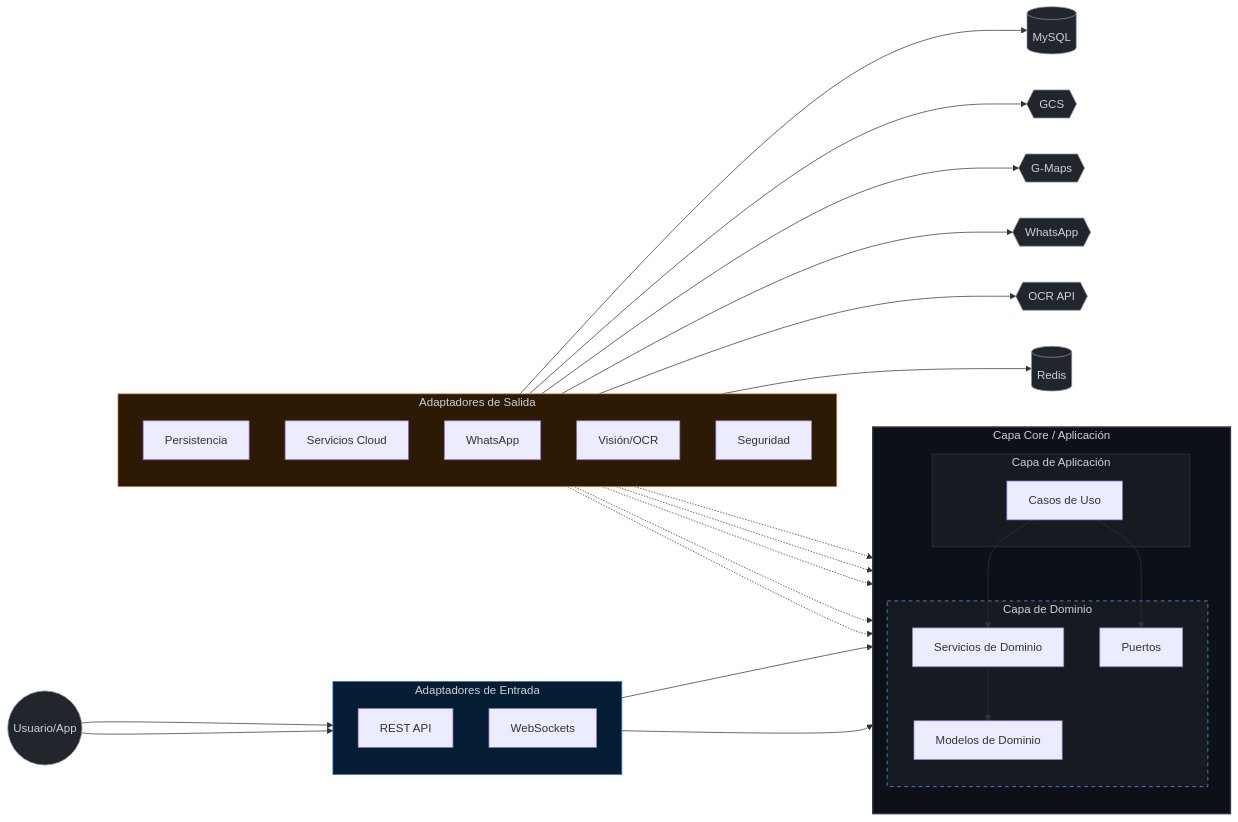
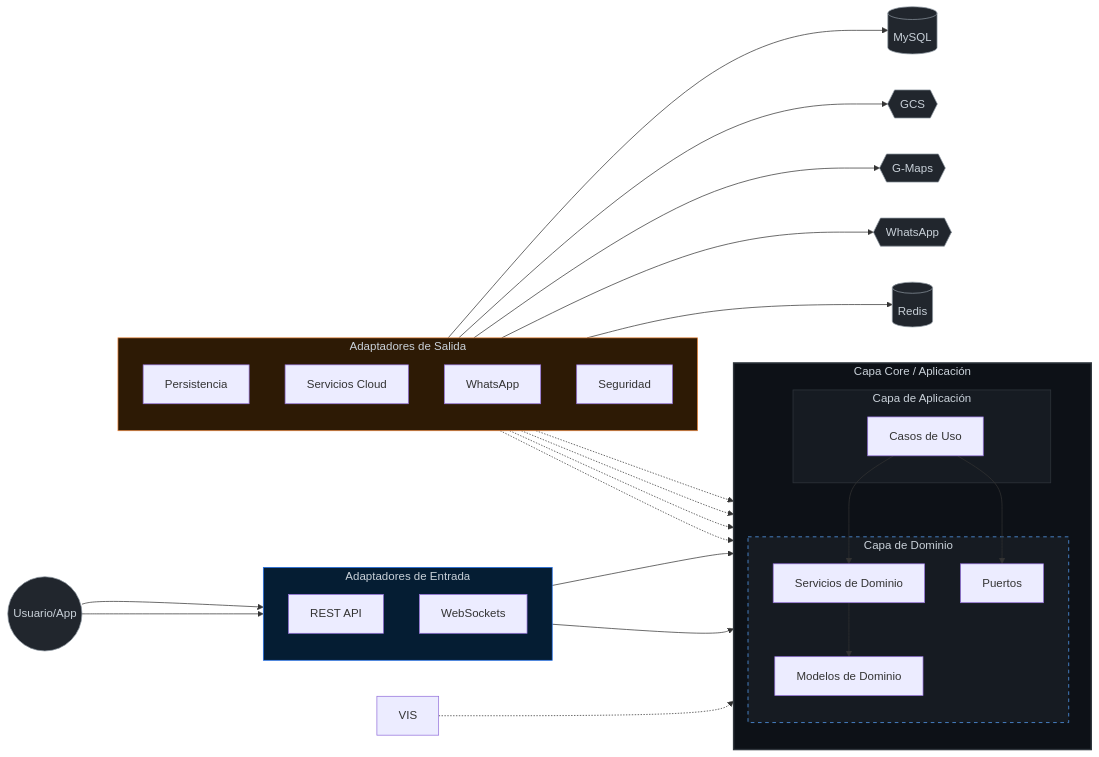
One commit to fttmatteo/messenger-backend changed the first of 3 diagrams in README.md. Above: the diagram before and after it, drawn with Mermaid. The commit also changed other lines of this file and 51 other files, not shown here.

````diff
--- a/README.md
+++ b/README.md
@@ -50,71 +50,71 @@
 ```mermaid
 graph LR
     %% Actores Externos
     USER((Usuario/App))
     MAPS{{G-Maps}}
     GCS{{GCS}}
     WAPP{{WhatsApp}}
-    OCR_EXT{{OCR API}}
+
     DB[(MySQL)]
     REDIS[(Redis)]
 
     subgraph IN [Adaptadores de Entrada]
         direction TB
         REST[REST API]
         SOC[WebSockets]
     end
 
     subgraph CORE [Capa Core / Aplicación]
         direction TB
         subgraph APP [Capa de Aplicación]
             UC[Casos de Uso]
         end
         subgraph DOMAIN [Capa de Dominio]
             SVC[Servicios de Dominio]
             PORTS[Puertos]
             MODEL[Modelos de Dominio]
         end
     end
 
     subgraph OUT [Adaptadores de Salida]
         direction TB
         PERS[Persistencia]
         CLD[Servicios Cloud]
         WABA[WhatsApp]
-        VIS[Visión/OCR]
+
         SEC[Seguridad]
     end
 
     %% Flujo de Entrada
     USER --> REST & SOC
     REST & SOC --> UC
 
     %% Lógica de Aplicación
     UC --> SVC
     UC --> PORTS
     SVC --> MODEL
 
     %% Flujo de Salida (Inversión de Dependencia)
     PERS -.-> PORTS
     CLD -.-> PORTS
     WABA -.-> PORTS
     VIS -.-> PORTS
     SEC -.-> PORTS
 
     %% Conexiones de Infraestructura
     PERS --> DB
     CLD --> GCS & MAPS
     WABA --> WAPP
-    VIS --> OCR_EXT
+
     SEC --> REDIS
 
     %% Estilos
     style CORE fill:#0d1117,stroke:#30363d,stroke-width:2px,color:#c9d1d9
     style DOMAIN fill:#161b22,stroke:#58a6ff,stroke-dasharray: 5 5,color:#c9d1d9
     style APP fill:#161b22,stroke:#30363d,color:#c9d1d9
     style IN fill:#051d33,stroke:#1f6feb,color:#c9d1d9
     style OUT fill:#2d1a05,stroke:#f0883e,color:#c9d1d9
 
     classDef actor fill:#21262d,stroke:#8b949e,color:#c9d1d9
-    class USER,MAPS,GCS,WAPP,OCR_EXT,DB,REDIS actor
+    class USER,MAPS,GCS,WAPP,DB,REDIS actor
 ```
````
